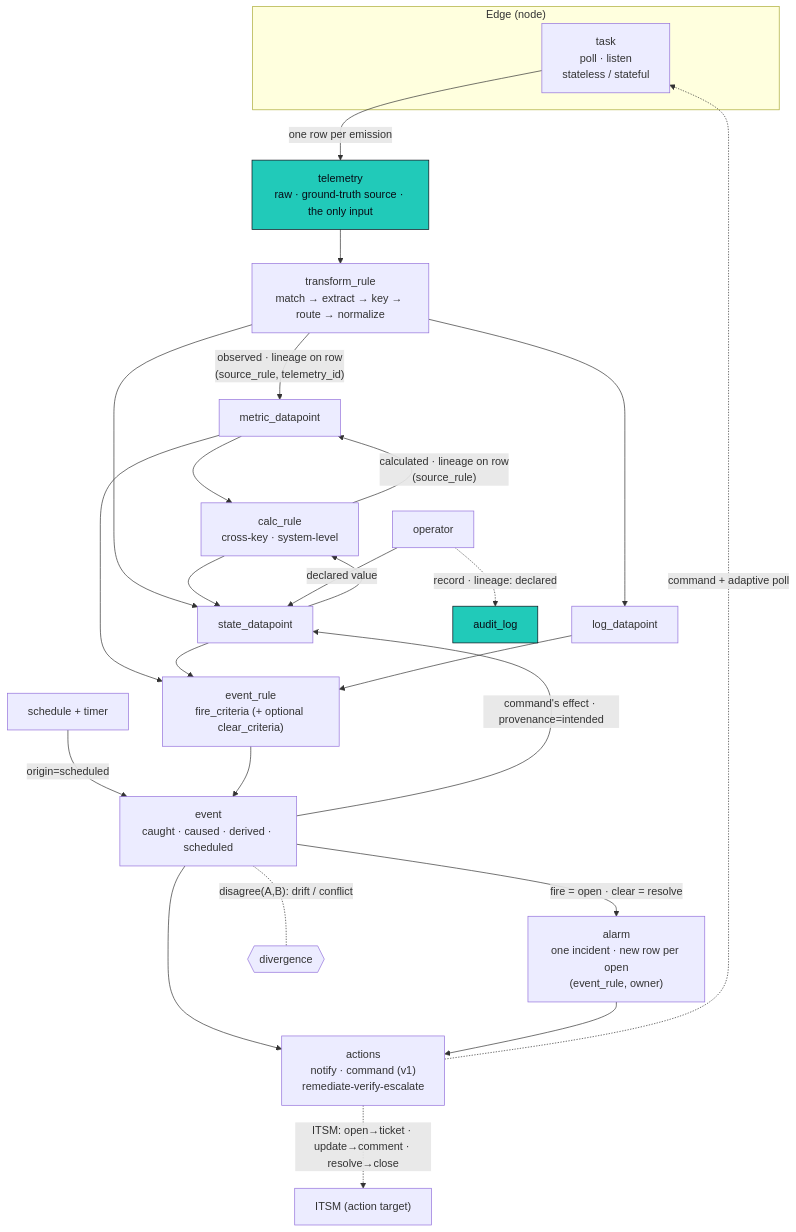
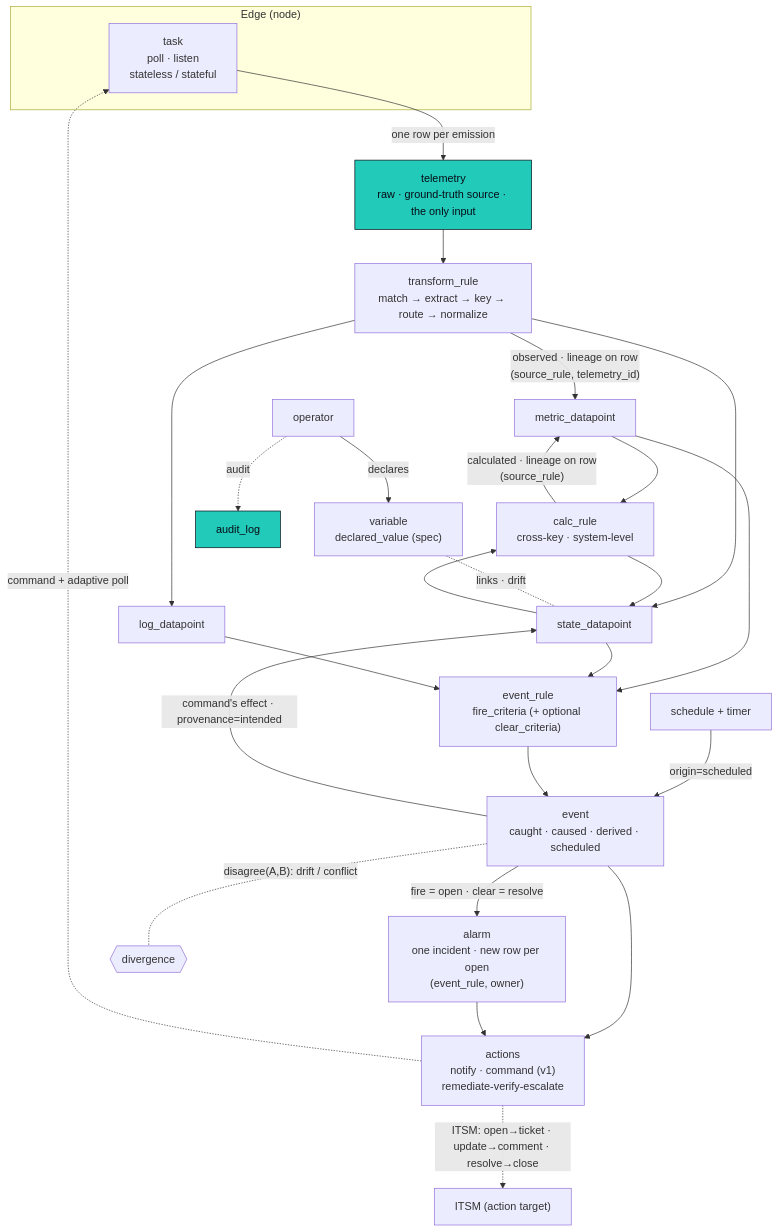
The diagram in docs/src/content/docs/architecture/taxonomy.md (hyperscaleav/omniglass), drawn with Mermaid before and after one commit. The commit also changed other lines of this file and 2 other files, not shown here.

First line of the commit message:
docs(architecture): add variables model, reconcile declared into it

````diff
--- a/docs/src/content/docs/architecture/taxonomy.md
+++ b/docs/src/content/docs/architecture/taxonomy.md
@@ -238,40 +237,41 @@
 ```mermaid
 flowchart TD
   subgraph edge["Edge (node)"]
     TASK["task<br/>poll · listen<br/>stateless / stateful"]
   end
 
   TASK -->|"one row per emission"| TEL["telemetry<br/>raw · ground-truth source · the only input"]
 
   TEL --> TR["transform_rule<br/>match → extract → key → route → normalize"]
   TR -->|"observed · lineage on row<br/>(source_rule, telemetry_id)"| M["metric_datapoint"]
   TR --> S["state_datapoint"]
   TR --> L["log_datapoint"]
 
   M --> CALC["calc_rule<br/>cross-key · system-level"]
   S --> CALC
   CALC -->|"calculated · lineage on row<br/>(source_rule)"| M
   CALC --> S
 
   M --> ER["event_rule<br/>fire_criteria (+ optional clear_criteria)"]
   S --> ER
   L --> ER
   SCH["schedule + timer"] -->|"origin=scheduled"| EV
   ER --> EV["event<br/>caught · caused · derived · scheduled"]
 
   EV -->|"fire = open · clear = resolve"| AL["alarm<br/>one incident · new row per open<br/>(event_rule, owner)"]
   EV -->|"command's effect · provenance=intended"| S
 
-  HUMAN["operator"] -->|"declared value"| S
-  HUMAN -.->|"record · lineage: declared"| AU["audit_log"]
+  HUMAN["operator"] -->|"declares"| VAR["variable<br/>declared_value (spec)"]
+  VAR -. "links · drift" .- S
+  HUMAN -.->|"audit"| AU["audit_log"]
 
   EV -. "disagree(A,B): drift / conflict" .- DIV{{"divergence"}}
 
   EV --> ACT["actions<br/>notify · command (v1)<br/>remediate-verify-escalate"]
   AL --> ACT
   ACT -.->|"ITSM: open→ticket · update→comment · resolve→close"| ITSM["ITSM (action target)"]
   ACT -.->|"command + adaptive poll"| TASK
 
   classDef gt fill:#21CAB9,stroke:#080c16,color:#080c16;
   class TEL,AU gt;
 ```
````
